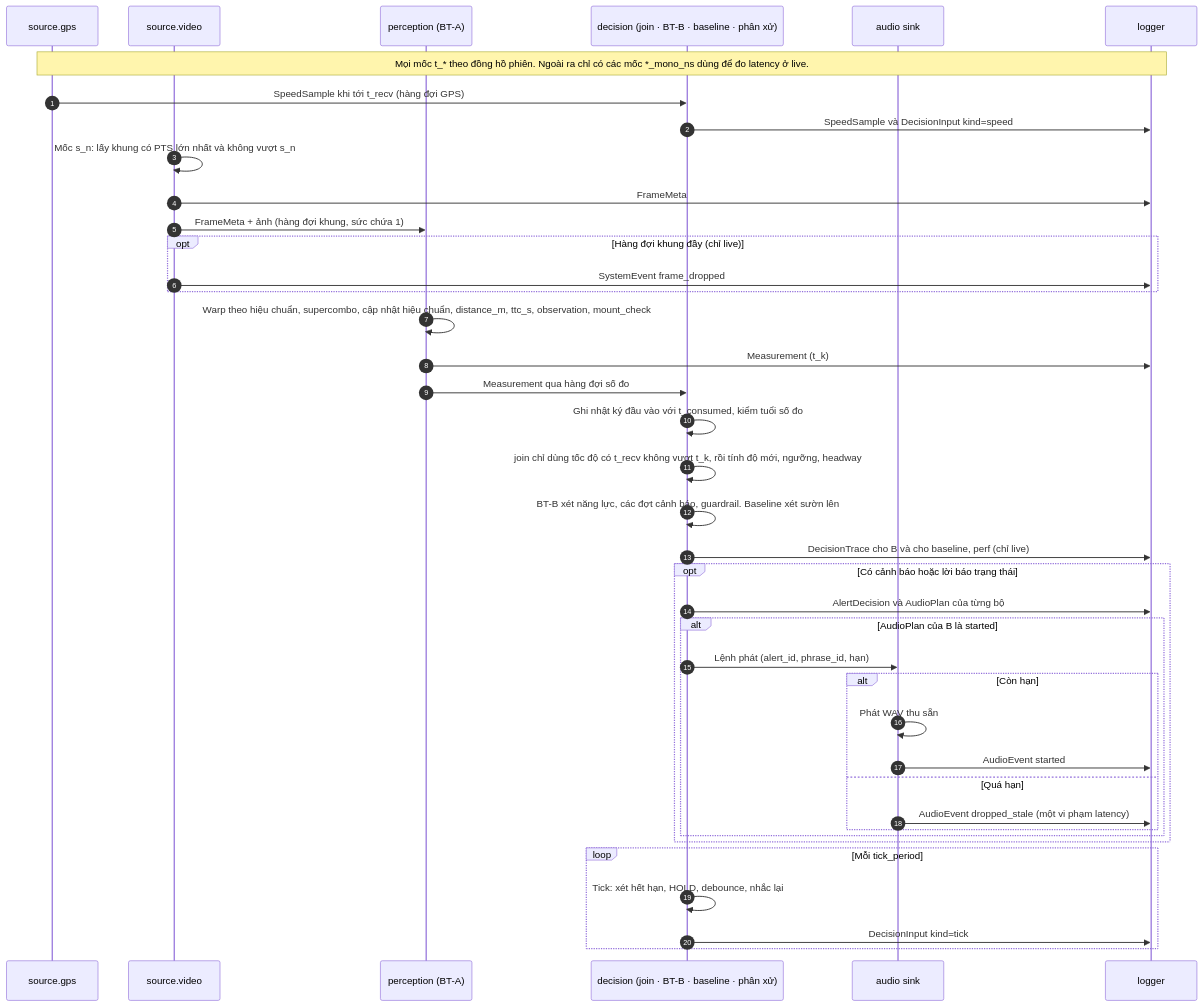
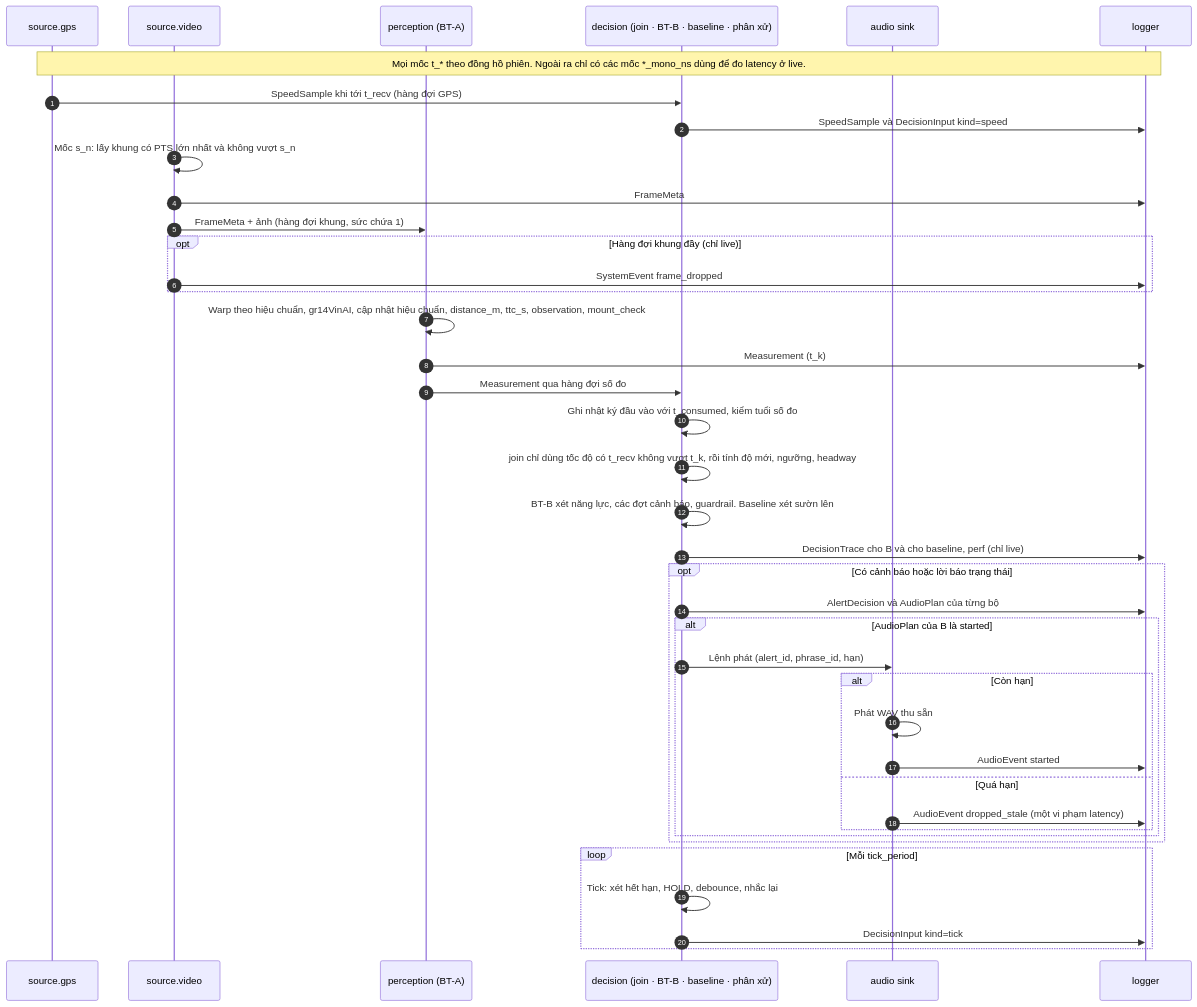
Before and after one commit to NguyenTuan-UET/roadwatch_copilot: the third of 5 diagrams in docs/architecture_diagram.md, drawn with Mermaid. The commit also changed other lines of this file and 71 other files, not shown here.

````diff
--- a/docs/architecture_diagram.md
+++ b/docs/architecture_diagram.md
@@ -139,42 +139,42 @@
 ```mermaid
 sequenceDiagram
   autonumber
   participant SG as source.gps
   participant SV as source.video
   participant PA as perception (BT-A)
   participant DE as decision (join · BT-B · baseline · phân xử)
   participant SK as audio sink
   participant LG as logger
   Note over SG,LG: Mọi mốc t_* theo đồng hồ phiên. Ngoài ra chỉ có các mốc *_mono_ns dùng để đo latency ở live.
   SG->>DE: SpeedSample khi tới t_recv (hàng đợi GPS)
   DE->>LG: SpeedSample và DecisionInput kind=speed
   SV->>SV: Mốc s_n: lấy khung có PTS lớn nhất và không vượt s_n
   SV->>LG: FrameMeta
   SV->>PA: FrameMeta + ảnh (hàng đợi khung, sức chứa 1)
   opt Hàng đợi khung đầy (chỉ live)
     SV->>LG: SystemEvent frame_dropped
   end
-  PA->>PA: Warp theo hiệu chuẩn, supercombo, cập nhật hiệu chuẩn, distance_m, ttc_s, observation, mount_check
+  PA->>PA: Warp theo hiệu chuẩn, gr14VinAI, cập nhật hiệu chuẩn, distance_m, ttc_s, observation, mount_check
   PA->>LG: Measurement (t_k)
   PA->>DE: Measurement qua hàng đợi số đo
   DE->>DE: Ghi nhật ký đầu vào với t_consumed, kiểm tuổi số đo
   DE->>DE: join chỉ dùng tốc độ có t_recv không vượt t_k, rồi tính độ mới, ngưỡng, headway
   DE->>DE: BT-B xét năng lực, các đợt cảnh báo, guardrail. Baseline xét sườn lên
   DE->>LG: DecisionTrace cho B và cho baseline, perf (chỉ live)
   opt Có cảnh báo hoặc lời báo trạng thái
     DE->>LG: AlertDecision và AudioPlan của từng bộ
     alt AudioPlan của B là started
       DE->>SK: Lệnh phát (alert_id, phrase_id, hạn)
       alt Còn hạn
         SK->>SK: Phát WAV thu sẵn
         SK->>LG: AudioEvent started
       else Quá hạn
         SK->>LG: AudioEvent dropped_stale (một vi phạm latency)
       end
     end
   end
   loop Mỗi tick_period
     DE->>DE: Tick: xét hết hạn, HOLD, debounce, nhắc lại
     DE->>LG: DecisionInput kind=tick
   end
 ```
````
